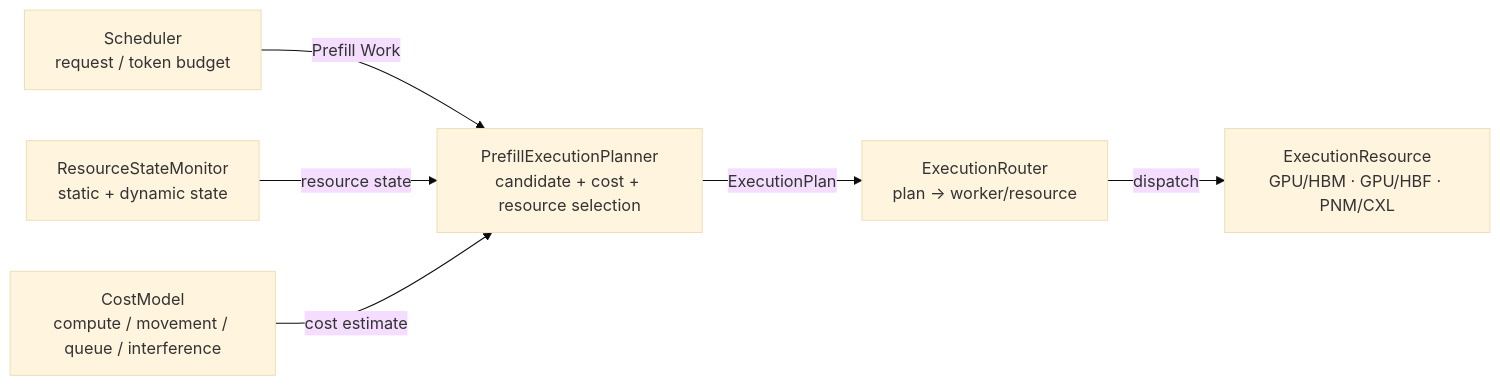
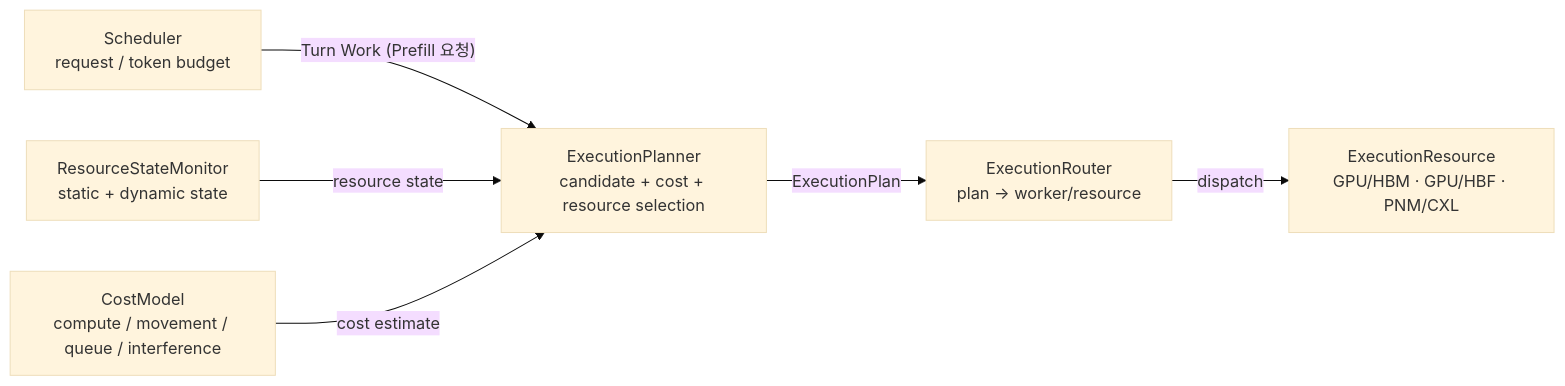
The first of 3 diagrams in doc-mk/DP2/dp2-prefill-execution-planning-decision-timing.md (mkim0628/vllm), drawn with Mermaid (base theme) before and after one commit. The commit also changed other lines of this file and 7 other files, not shown here.

First line of the commit message:
DP2: Prefill/Decode execution planning scope, QA set and evaluation design

```diff
--- a/doc-mk/DP2/dp2-prefill-execution-planning-decision-timing.md
+++ b/doc-mk/DP2/dp2-prefill-execution-planning-decision-timing.md
@@ -57,15 +70,15 @@
 ~~~mermaid
 flowchart LR
     S["Scheduler<br/>request / token budget"]
-    P["PrefillExecutionPlanner<br/>candidate + cost + resource selection"]
+    P["ExecutionPlanner<br/>candidate + cost + resource selection"]
     R["ResourceStateMonitor<br/>static + dynamic state"]
     C["CostModel<br/>compute / movement / queue / interference"]
     E["ExecutionRouter<br/>plan → worker/resource"]
     X["ExecutionResource<br/>GPU/HBM · GPU/HBF · PNM/CXL"]
 
-    S -->|"Prefill Work"| P
+    S -->|"Turn Work (Prefill 요청)"| P
     R -->|"resource state"| P
     C -->|"cost estimate"| P
     P -->|"ExecutionPlan"| E
     E -->|"dispatch"| X
 ~~~
```
